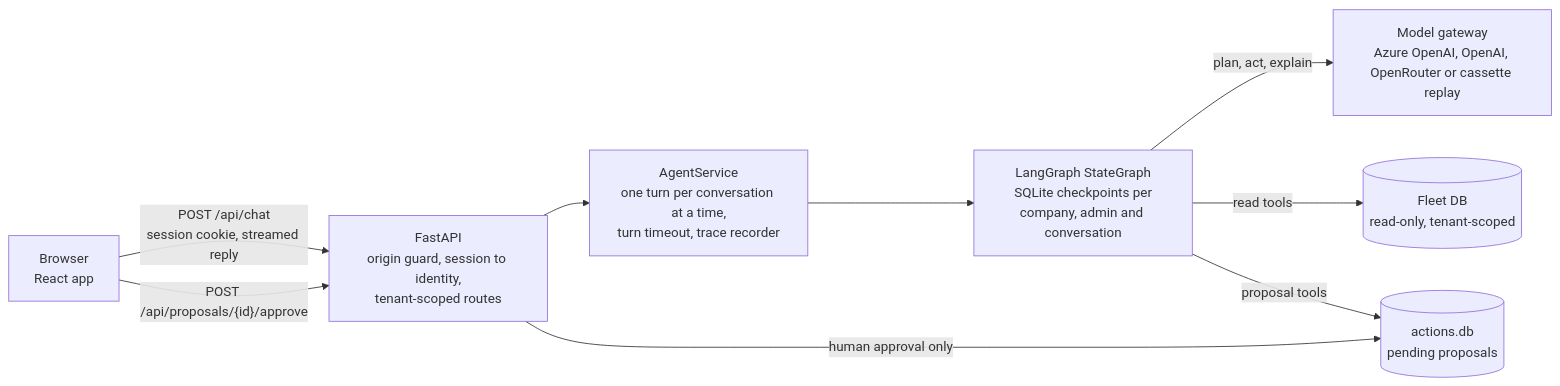
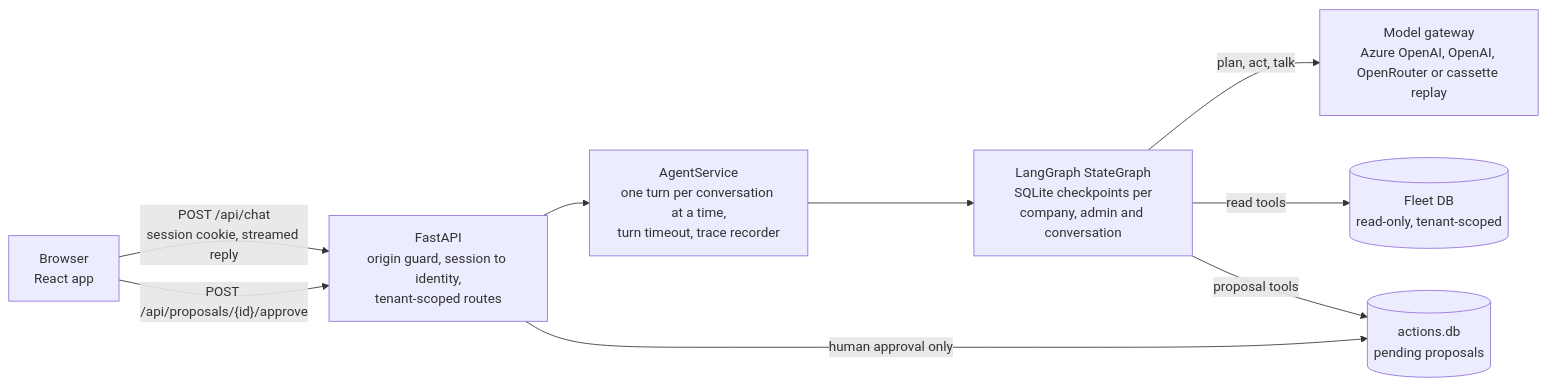
The first of 2 diagrams in README.md (PegasusA14/agentic-aI-fleet-copilot-), drawn with Mermaid before and after one commit. The commit also changed other lines of this file and 1 other file, not shown here.

Commit message:
docs: talk node, conversation memory, reply grounding and the conversation suite

````diff
--- a/README.md
+++ b/README.md
@@ -161,11 +162,11 @@
 ```mermaid
 flowchart LR
     UI["Browser<br/>React app"] -- "POST /api/chat<br/>session cookie, streamed reply" --> API["FastAPI<br/>origin guard, session to identity,<br/>tenant-scoped routes"]
     API --> SVC["AgentService<br/>one turn per conversation at a time,<br/>turn timeout, trace recorder"]
     SVC --> G["LangGraph StateGraph<br/>SQLite checkpoints per<br/>company, admin and conversation"]
-    G -- "plan, act, explain" --> LLM["Model gateway<br/>Azure OpenAI, OpenAI, OpenRouter or cassette replay"]
+    G -- "plan, act, talk" --> LLM["Model gateway<br/>Azure OpenAI, OpenAI, OpenRouter or cassette replay"]
     G -- "read tools" --> REPO[("Fleet DB<br/>read-only, tenant-scoped")]
     G -- "proposal tools" --> ACT[("actions.db<br/>pending proposals")]
     UI -- "POST /api/proposals/{id}/approve" --> API
     API -- "human approval only" --> ACT
 ```
````
